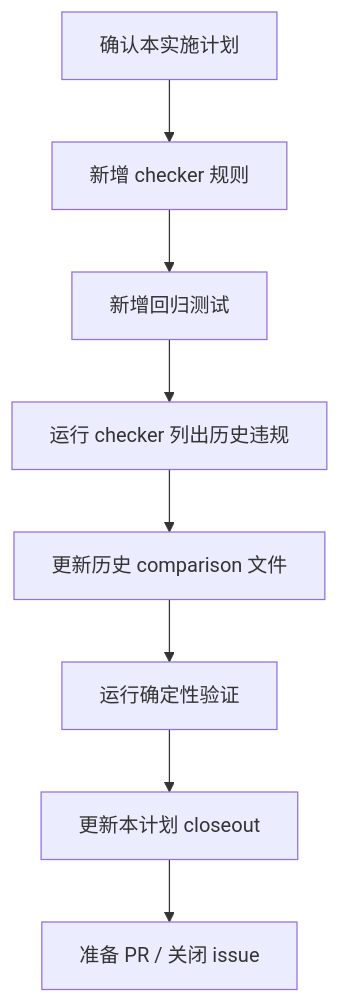
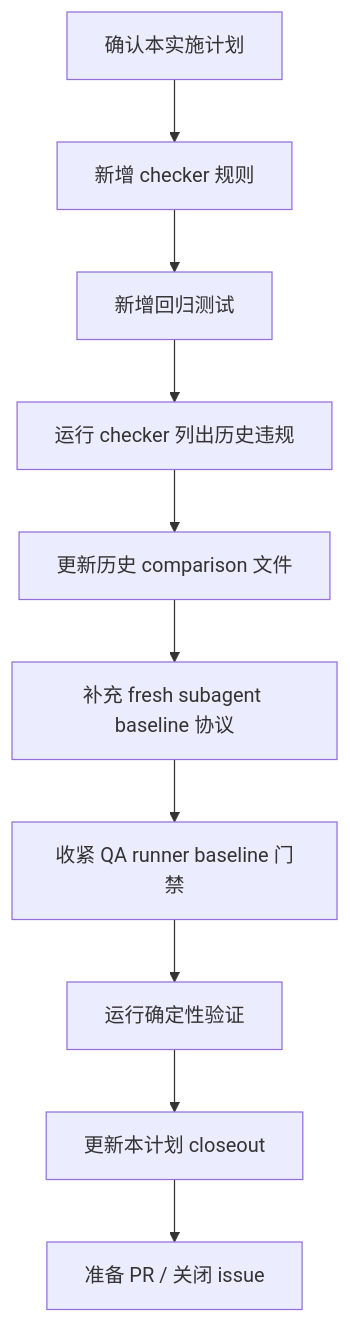
One commit to Neplich/dev-agent-skills changed the diagram in docs/engineer/eval-baseline-evidence-contract/IMPLEMENTATION_PLAN.md. Above: the diagram before and after it, drawn with Mermaid. The commit also changed other lines of this file and 13 other files, not shown here.

First line of the commit message:
fix: 补齐 fresh subagent baseline 协议

````diff
--- a/docs/engineer/eval-baseline-evidence-contract/IMPLEMENTATION_PLAN.md
+++ b/docs/engineer/eval-baseline-evidence-contract/IMPLEMENTATION_PLAN.md
@@ -77,10 +84,12 @@
 ```mermaid
 flowchart TD
     A["确认本实施计划"] --> B["新增 checker 规则"]
     B --> C["新增回归测试"]
     C --> D["运行 checker 列出历史违规"]
     D --> E["更新历史 comparison 文件"]
-    E --> F["运行确定性验证"]
-    F --> G["更新本计划 closeout"]
-    G --> H["准备 PR / 关闭 issue"]
+    E --> F["补充 fresh subagent baseline 协议"]
+    F --> G["收紧 QA runner baseline 门禁"]
+    G --> H["运行确定性验证"]
+    H --> I["更新本计划 closeout"]
+    I --> J["准备 PR / 关闭 issue"]
 ```
````
